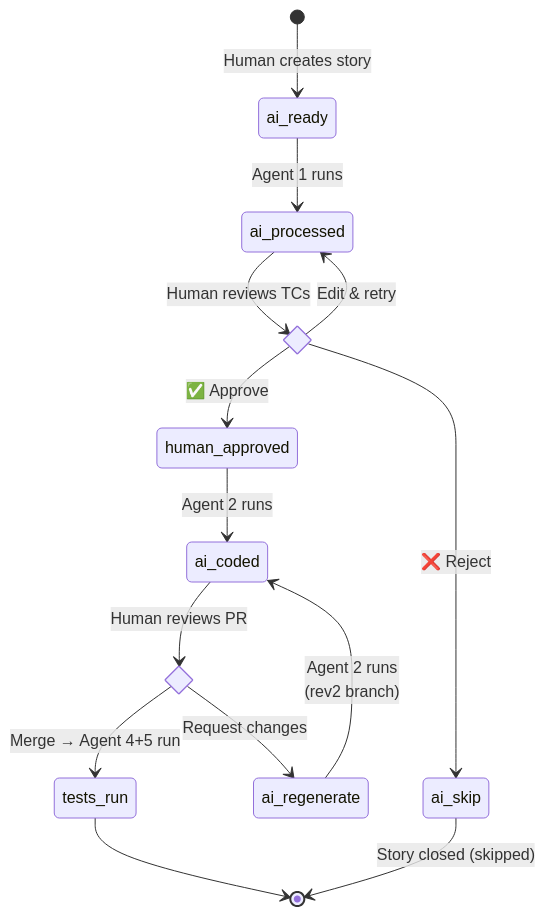
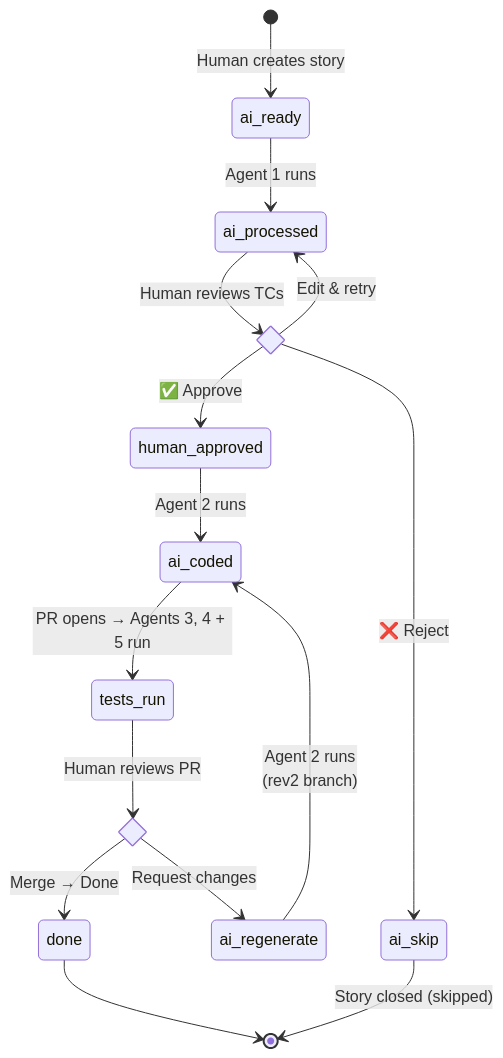
The fifth of 5 diagrams in docs/GUIDE.md (rajiniottesting-coder/multi-agent-test-automation), drawn with Mermaid before and after one commit. The commit also changed other lines of this file and 7 other files, not shown here.

````diff
--- a/docs/GUIDE.md
+++ b/docs/GUIDE.md
@@ -1538,23 +1775,25 @@
 ```mermaid
 stateDiagram-v2
     [*] --> ai_ready: Human creates story
     ai_ready --> ai_processed: Agent 1 runs
 
     state human_review <<choice>>
     ai_processed --> human_review: Human reviews TCs
     human_review --> human_approved: ✅ Approve
     human_review --> ai_skip: ❌ Reject
     human_review --> ai_processed: Edit & retry
 
     human_approved --> ai_coded: Agent 2 runs
 
+    ai_coded --> tests_run: PR opens → Agents 3, 4 + 5 run
+
     state pr_state <<choice>>
-    ai_coded --> pr_state: Human reviews PR
-    pr_state --> tests_run: Merge → Agent 4+5 run
+    tests_run --> pr_state: Human reviews PR
+    pr_state --> done: Merge → Done
     pr_state --> ai_regenerate: Request changes
 
     ai_regenerate --> ai_coded: Agent 2 runs<br/>(rev2 branch)
 
-    tests_run --> [*]
+    done --> [*]
     ai_skip --> [*]: Story closed (skipped)
 ```
````
